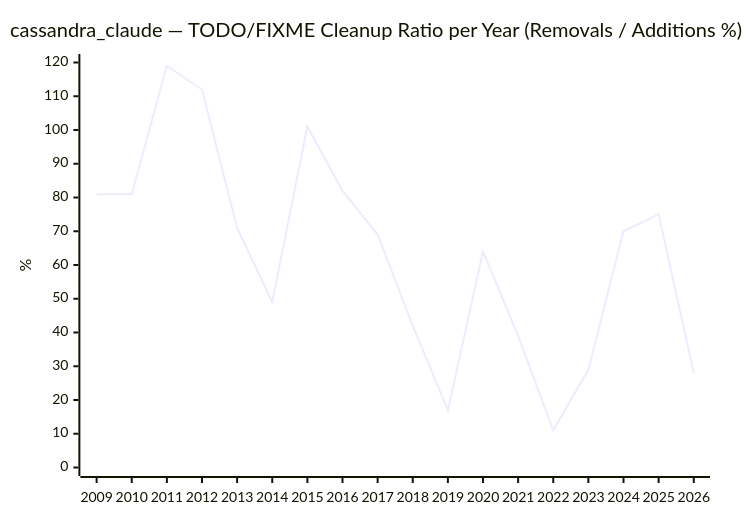
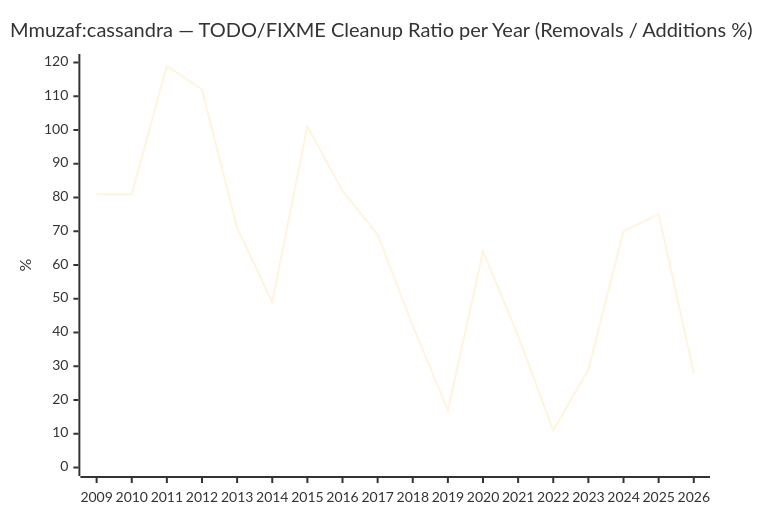
One commit to Mmuzaf/cassandra changed the sixth of 7 diagrams in todo_analysis.md. Above: the diagram before and after it, drawn with Mermaid. The commit also changed other lines of this file, not shown here.

Commit message:
fix background

````diff
--- a/todo_analysis.md
+++ b/todo_analysis.md
@@ -71,7 +73,8 @@
 ```mermaid
+%%{init: {'theme': 'base', 'themeVariables': {'background': '#ffffff'}}}%%
 xychart-beta
-    title "cassandra_claude — TODO/FIXME Cleanup Ratio per Year (Removals / Additions %)"
+    title "Mmuzaf:cassandra — TODO/FIXME Cleanup Ratio per Year (Removals / Additions %)"
     x-axis [2009, 2010, 2011, 2012, 2013, 2014, 2015, 2016, 2017, 2018, 2019, 2020, 2021, 2022, 2023, 2024, 2025, 2026]
     y-axis "%" 0 --> 120
     line [81, 81, 119, 112, 71, 49, 101, 82, 69, 42, 17, 64, 39, 11, 29, 70, 75, 28]
 ```
````
